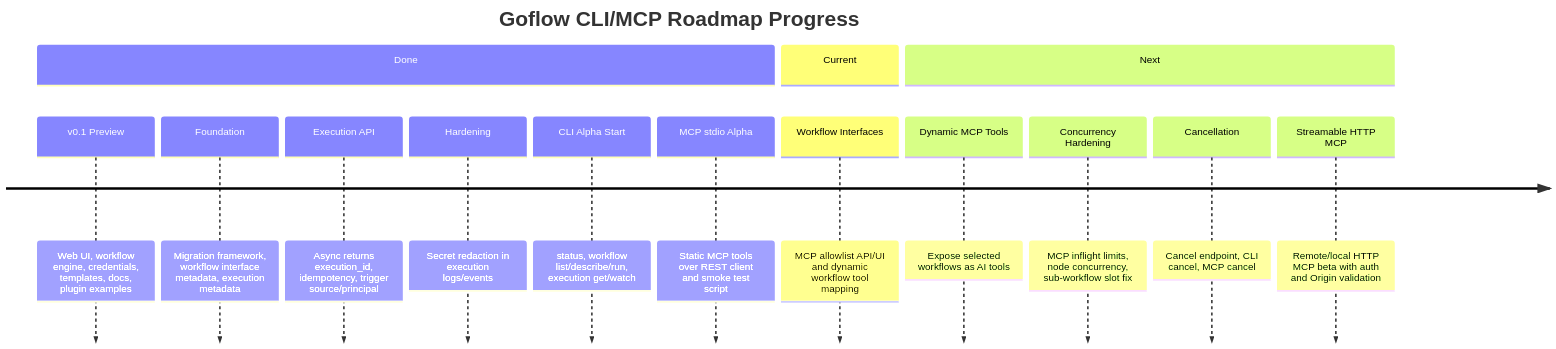
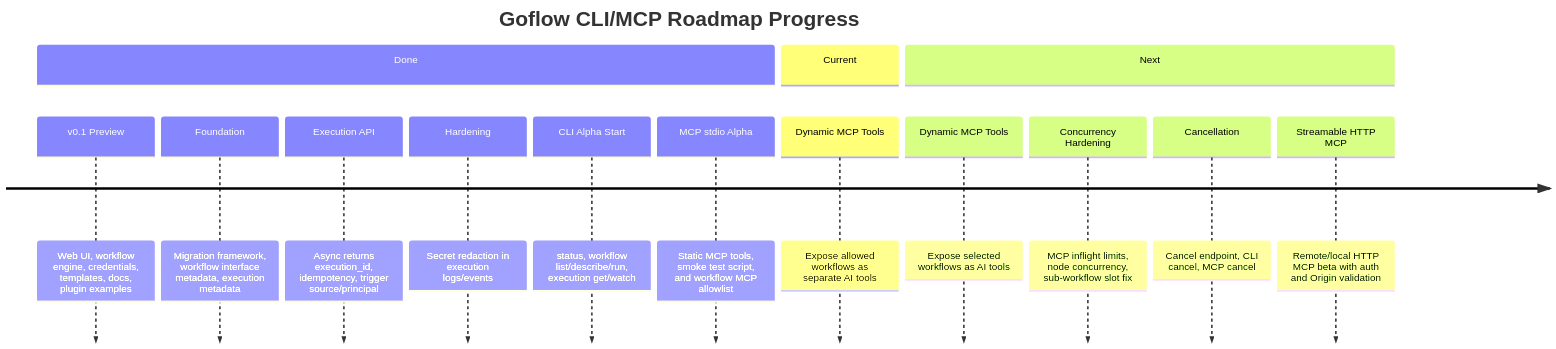
The first of 2 diagrams in ROADMAP_PROGRESS.md (hstptcn5/Goflow), drawn with Mermaid before and after one commit. The commit also changed other lines of this file and 16 other files, not shown here.

First line of the commit message:
Workflow MCP allowlist UI/API

````diff
--- a/ROADMAP_PROGRESS.md
+++ b/ROADMAP_PROGRESS.md
@@ -7,21 +7,21 @@
 ```mermaid
 timeline
     title Goflow CLI/MCP Roadmap Progress
 
     section Done
       v0.1 Preview : Web UI, workflow engine, credentials, templates, docs, plugin examples
       Foundation : Migration framework, workflow interface metadata, execution metadata
       Execution API : Async returns execution_id, idempotency, trigger source/principal
       Hardening : Secret redaction in execution logs/events
       CLI Alpha Start : status, workflow list/describe/run, execution get/watch
-      MCP stdio Alpha : Static MCP tools over REST client and smoke test script
+      MCP stdio Alpha : Static MCP tools, smoke test script, and workflow MCP allowlist
 
     section Current
-      Workflow Interfaces : MCP allowlist API/UI and dynamic workflow tool mapping
+      Dynamic MCP Tools : Expose allowed workflows as separate AI tools
 
     section Next
       Dynamic MCP Tools : Expose selected workflows as AI tools
       Concurrency Hardening : MCP inflight limits, node concurrency, sub-workflow slot fix
       Cancellation : Cancel endpoint, CLI cancel, MCP cancel
       Streamable HTTP MCP : Remote/local HTTP MCP beta with auth and Origin validation
 ```
````
